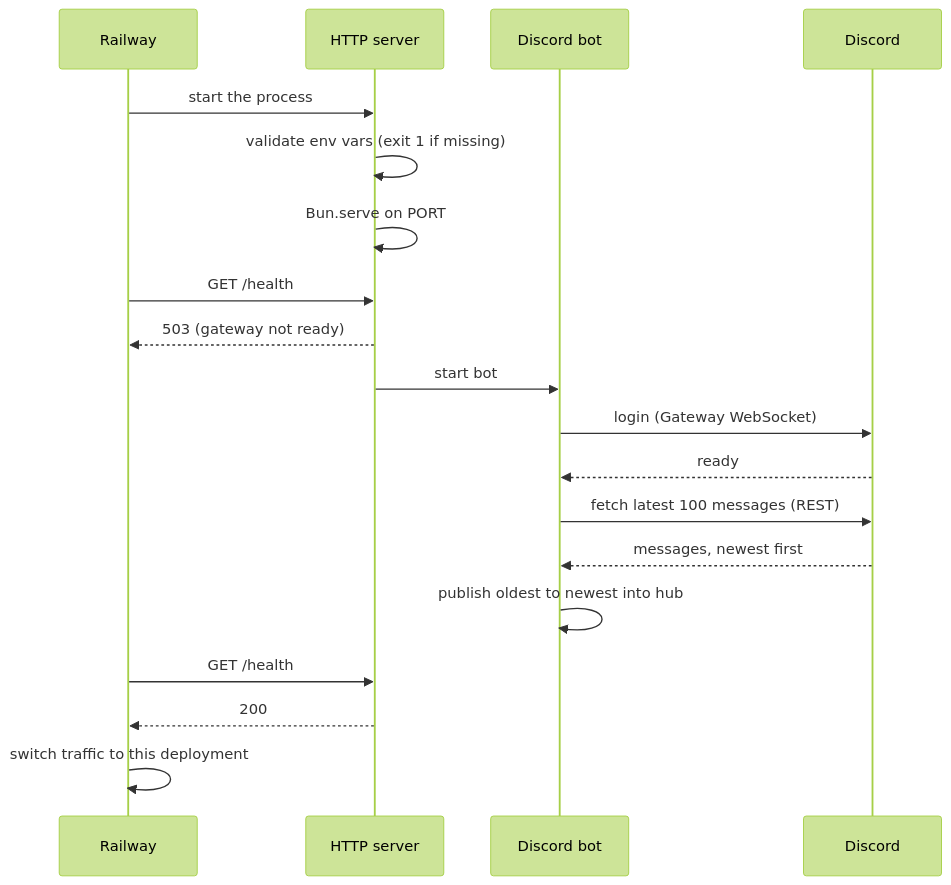
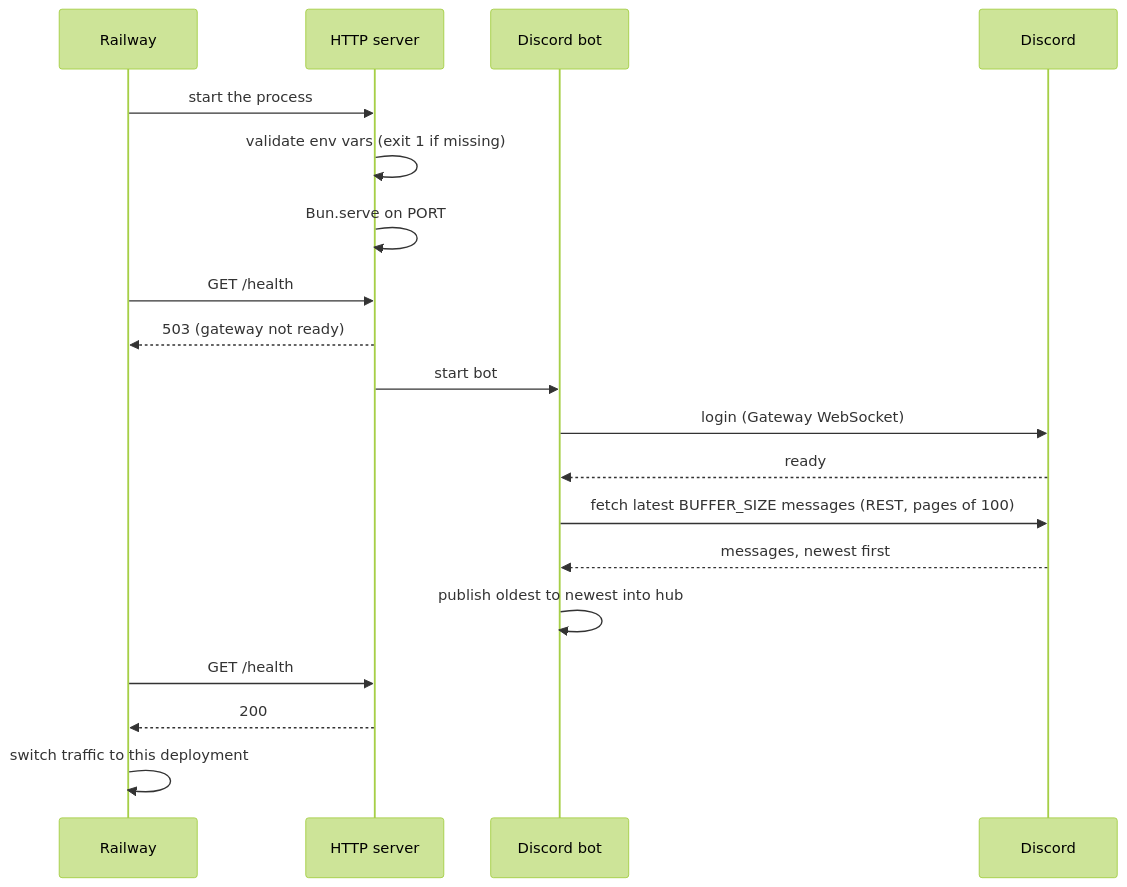
Before and after one commit to AmitKulkarni23/discord-relay: the second of 5 diagrams in docs/system-specs/architecture.md, drawn with Mermaid (forest theme). The commit also changed other lines of this file and 11 other files, not shown here.

Commit message:
Make the buffer size a Railway variable (BUFFER_SIZE) and page the history fetch. Mark TASK-007 done.

````diff
--- a/docs/system-specs/architecture.md
+++ b/docs/system-specs/architecture.md
@@ -41,21 +41,21 @@
 ```mermaid
 sequenceDiagram
   participant R as Railway
   participant S as HTTP server
   participant B as Discord bot
   participant D as Discord
   R->>S: start the process
   S->>S: validate env vars (exit 1 if missing)
   S->>S: Bun.serve on PORT
   R->>S: GET /health
   S-->>R: 503 (gateway not ready)
   S->>B: start bot
   B->>D: login (Gateway WebSocket)
   D-->>B: ready
-  B->>D: fetch latest 100 messages (REST)
+  B->>D: fetch latest BUFFER_SIZE messages (REST, pages of 100)
   D-->>B: messages, newest first
   B->>B: publish oldest to newest into hub
   R->>S: GET /health
   S-->>R: 200
   R->>R: switch traffic to this deployment
 ```
````
